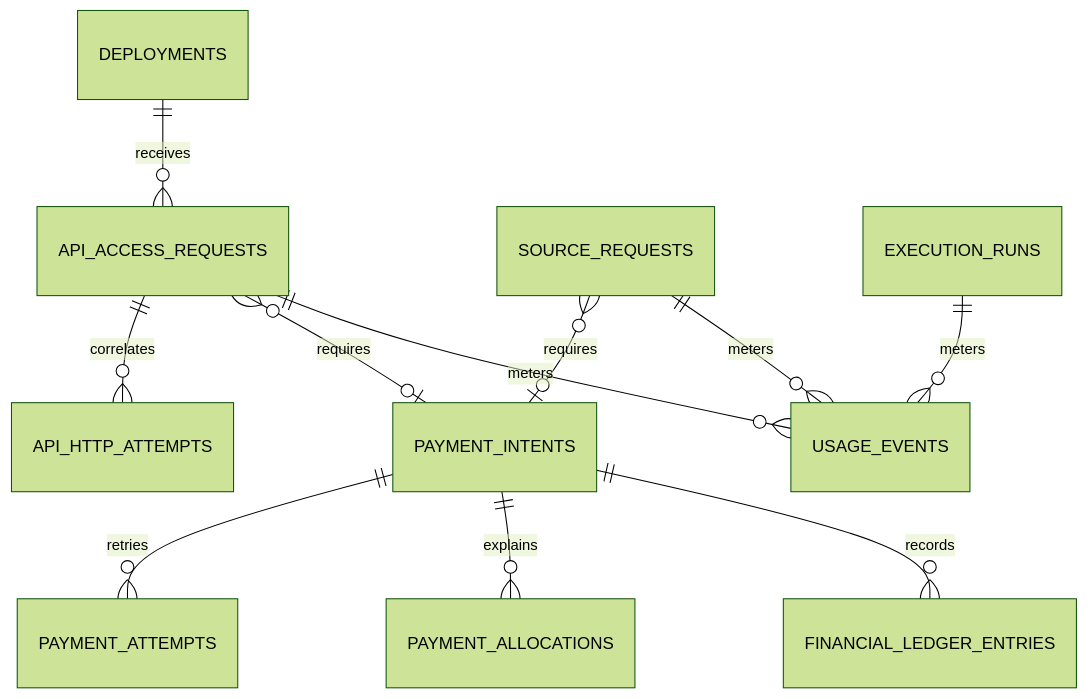
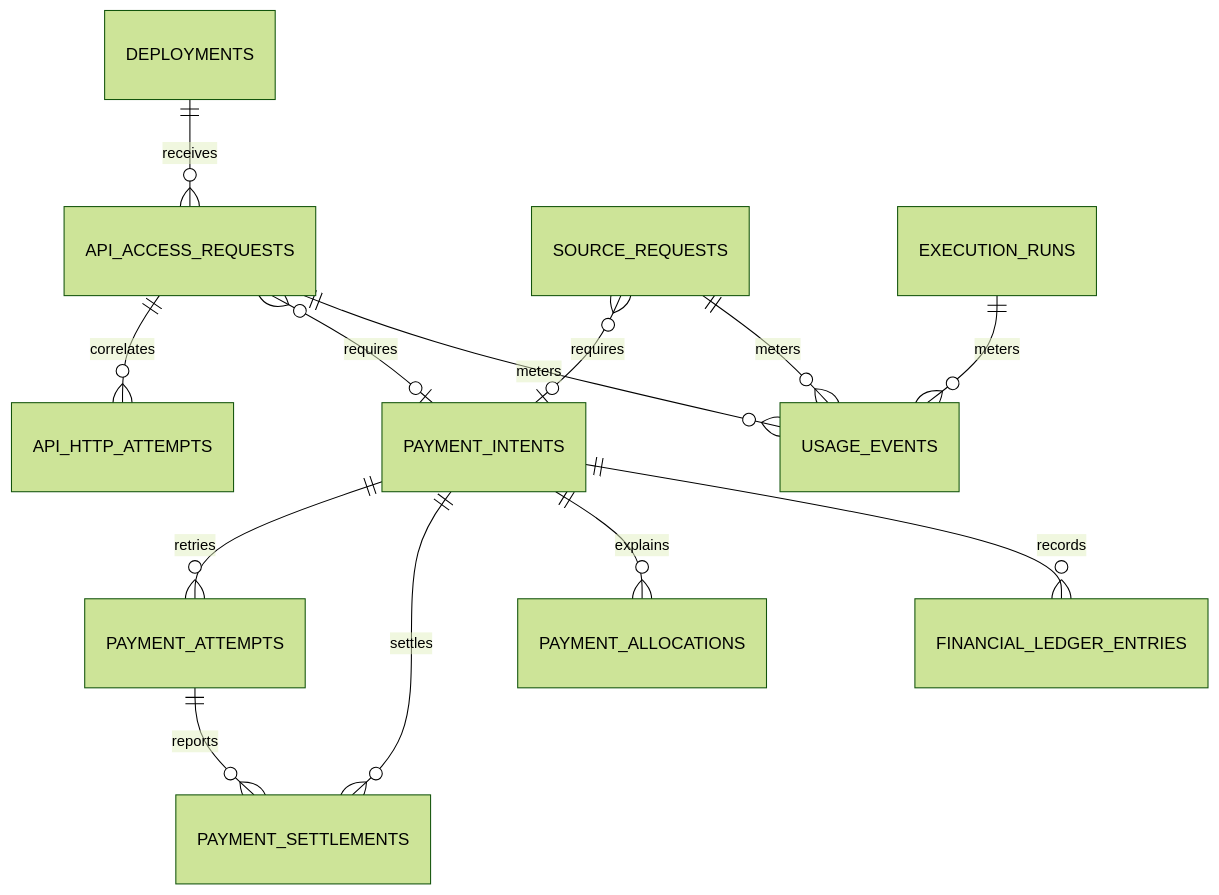
Before and after one commit to MrGood4U/sprue_hackathon: the third of 3 diagrams in data-model.md, drawn with Mermaid (forest theme). The commit also changed other lines of this file and 6 other files, not shown here.

````diff
--- a/data-model.md
+++ b/data-model.md
@@ -151,13 +154,15 @@
 ```mermaid
 erDiagram
     DEPLOYMENTS ||--o{ API_ACCESS_REQUESTS : receives
     API_ACCESS_REQUESTS ||--o{ API_HTTP_ATTEMPTS : correlates
     API_ACCESS_REQUESTS }o--o| PAYMENT_INTENTS : requires
     SOURCE_REQUESTS }o--o| PAYMENT_INTENTS : requires
     PAYMENT_INTENTS ||--o{ PAYMENT_ATTEMPTS : retries
+    PAYMENT_INTENTS ||--o{ PAYMENT_SETTLEMENTS : settles
+    PAYMENT_ATTEMPTS ||--o{ PAYMENT_SETTLEMENTS : reports
     PAYMENT_INTENTS ||--o{ PAYMENT_ALLOCATIONS : explains
     PAYMENT_INTENTS ||--o{ FINANCIAL_LEDGER_ENTRIES : records
     API_ACCESS_REQUESTS ||--o{ USAGE_EVENTS : meters
     EXECUTION_RUNS ||--o{ USAGE_EVENTS : meters
     SOURCE_REQUESTS ||--o{ USAGE_EVENTS : meters
 ```
````
